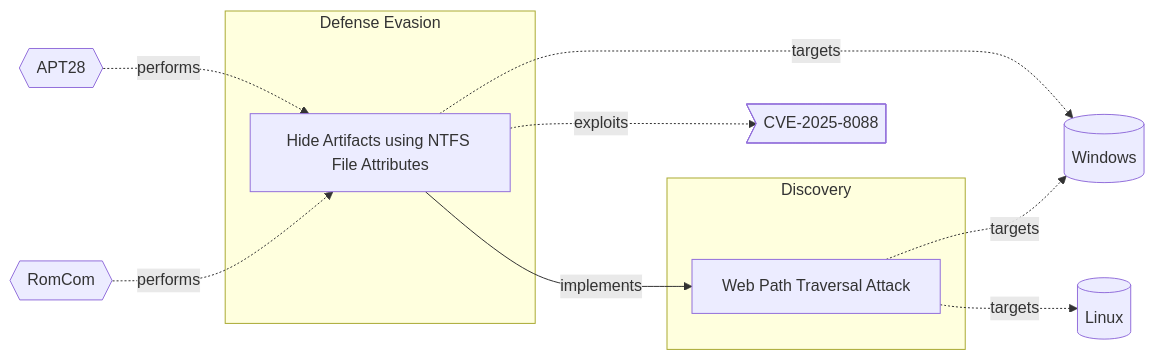
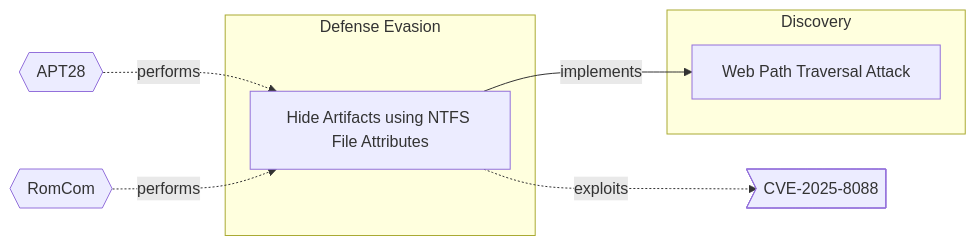
The diagram in Models/Threat Vectors/☣️ Hide Artifacts using NTFS File Attributes.md (OpenTideHQ/WikiTide), drawn with Mermaid before and after one commit. The commit also changed other lines of this file and 232 other files, not shown here.

````diff
--- a/Models/Threat Vectors/☣️ Hide Artifacts using NTFS File Attributes.md
+++ b/Models/Threat Vectors/☣️ Hide Artifacts using NTFS File Attributes.md
@@ -101,30 +101,25 @@
 ```mermaid
 
 flowchart LR
 
 d15bff6c-b902-4975-ad3a-7a18f3026aca[Hide Artifacts using NTFS File Attributes]
 b330d3a8-1783-4210-9fec-11e6ecfe135e[Web Path Traversal Attack]
 
 subgraph Defense Evasion
 d15bff6c-b902-4975-ad3a-7a18f3026aca
 end
 subgraph Discovery
 b330d3a8-1783-4210-9fec-11e6ecfe135e
 end
 
 CVE-2025-8088>CVE-2025-8088]
-Windows[(Windows)]
-Linux[(Linux)]
 APT28{{APT28}}
 RomCom{{RomCom}}
 
 d15bff6c-b902-4975-ad3a-7a18f3026aca -.->|exploits| CVE-2025-8088
-d15bff6c-b902-4975-ad3a-7a18f3026aca -.->|targets| Windows
-b330d3a8-1783-4210-9fec-11e6ecfe135e -.->|targets| Windows
-b330d3a8-1783-4210-9fec-11e6ecfe135e -.->|targets| Linux
 APT28 -.-> |performs| d15bff6c-b902-4975-ad3a-7a18f3026aca
 RomCom -.-> |performs| d15bff6c-b902-4975-ad3a-7a18f3026aca
 
 d15bff6c-b902-4975-ad3a-7a18f3026aca -->|implements| b330d3a8-1783-4210-9fec-11e6ecfe135e
 
 ```
````
